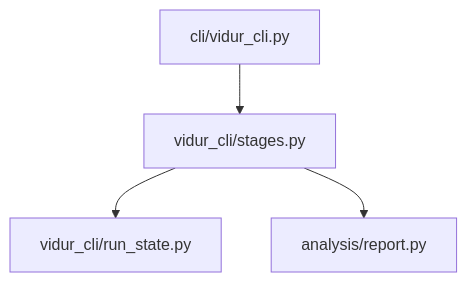
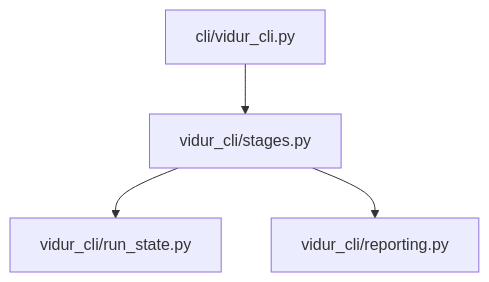
Before and after one commit to CodeGandee/gpu-simulate-test: the second of 2 diagrams in context/tasks/working/004-vidur-cli/impl-phase-8-us6-report.md, drawn with Mermaid. The commit also changed other lines of this file and 32 other files, not shown here.

Commit message:
revised vidur-cli tutorial

````diff
--- a/context/tasks/working/004-vidur-cli/impl-phase-8-us6-report.md
+++ b/context/tasks/working/004-vidur-cli/impl-phase-8-us6-report.md
@@ -93,6 +87,6 @@
 ```mermaid
 graph TD
     CLI[cli/vidur_cli.py] --> ST[vidur_cli/stages.py];
     ST --> RSTATE[vidur_cli/run_state.py];
-    ST --> RPT[analysis/report.py];
+    ST --> RPT[vidur_cli/reporting.py];
 ```
````
